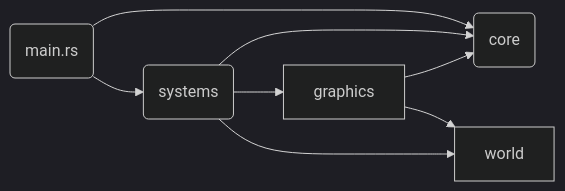
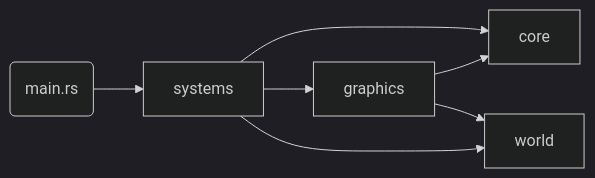
Before and after one commit to tim-oster/voxel-rs: the second of 2 diagrams in README.md, drawn with Mermaid (dark theme). The commit also changed 11 other files, not shown here.

Commit message:
add: documentation for core & graphics

````diff
--- a/README.md
+++ b/README.md
@@ -24,13 +24,12 @@
 ```mermaid
 flowchart LR
-    main(main.rs) --> core(core)
-    main --> systems(systems)
+    main(main.rs) --> systems
     
     graphics --> core
     
     graphics --> world
     
     systems --> core
     systems --> graphics
     systems --> world
 ```
````
